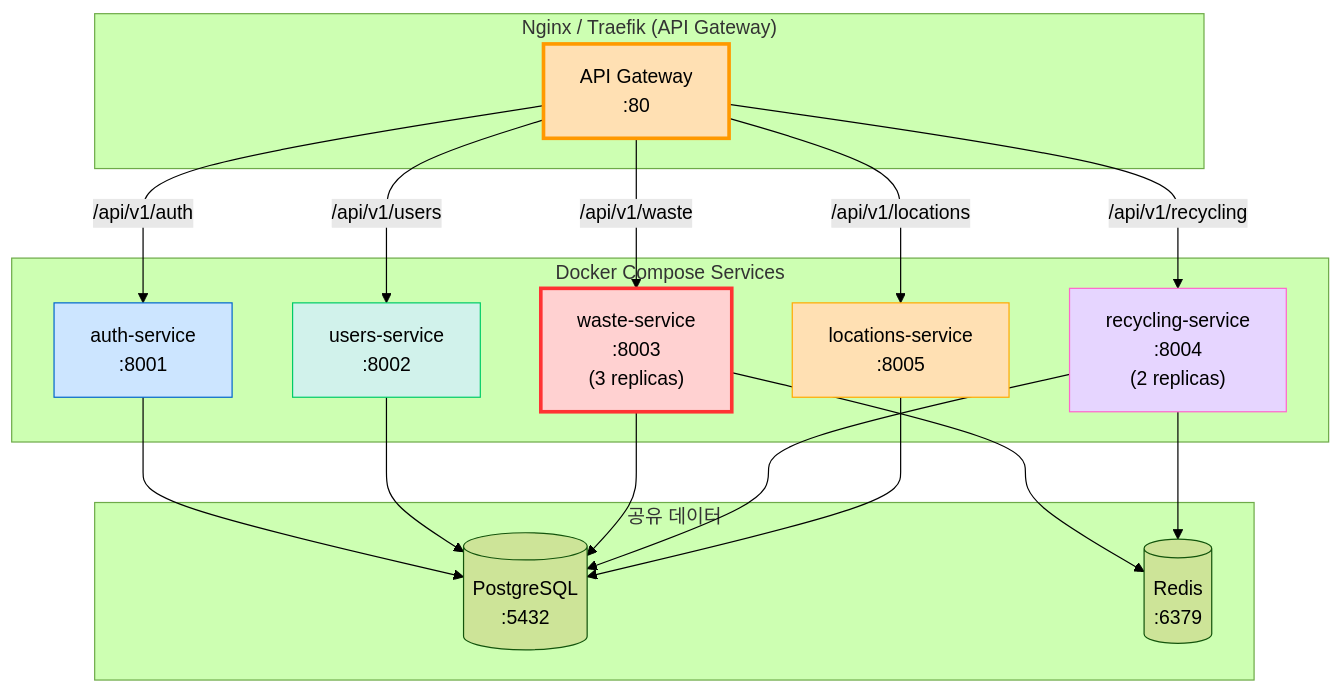
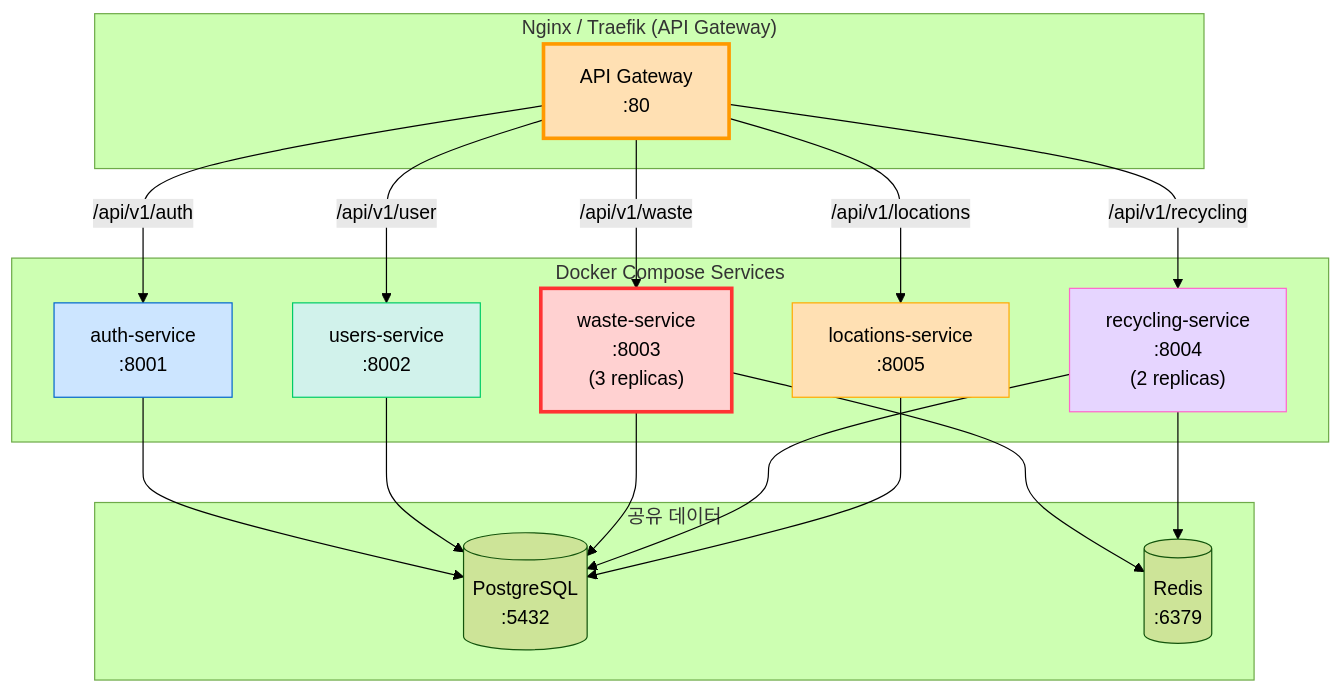
Before and after one commit to SeSACTHON/backend: the third of 9 diagrams in docs/archive/design-reviews/06-microservices-architecture.md, drawn with Mermaid (forest theme). The commit also changed other lines of this file and 20 other files, not shown here.

````diff
--- a/docs/archive/design-reviews/06-microservices-architecture.md
+++ b/docs/archive/design-reviews/06-microservices-architecture.md
@@ -94,41 +94,41 @@
 ```mermaid
 graph TB
     subgraph LB["Nginx / Traefik (API Gateway)"]
         Gateway[API Gateway<br/>:80]
     end
     
     subgraph Services["Docker Compose Services"]
         Auth["auth-service<br/>:8001"]
         Users["users-service<br/>:8002"]
         Waste["waste-service<br/>:8003<br/>(3 replicas)"]
         Recycling["recycling-service<br/>:8004<br/>(2 replicas)"]
         Locations["locations-service<br/>:8005"]
     end
     
     subgraph Data["공유 데이터"]
         DB[(PostgreSQL<br/>:5432)]
         Redis[(Redis<br/>:6379)]
     end
     
     Gateway -->|/api/v1/auth| Auth
-    Gateway -->|/api/v1/users| Users
+    Gateway -->|/api/v1/user| Users
     Gateway -->|/api/v1/waste| Waste
     Gateway -->|/api/v1/recycling| Recycling
     Gateway -->|/api/v1/locations| Locations
     
     Auth --> DB
     Users --> DB
     Waste --> DB
     Recycling --> DB
     Locations --> DB
     
     Waste --> Redis
     Recycling --> Redis
     
     style Gateway fill:#ffe0b3,stroke:#ff9900,stroke-width:3px
     style Waste fill:#ffd1d1,stroke:#ff3333,stroke-width:3px
     style Recycling fill:#e6d5ff,stroke:#ff66cc
     style Auth fill:#cce5ff,stroke:#0066cc
     style Users fill:#d1f2eb,stroke:#00cc66
     style Locations fill:#ffe0b3,stroke:#ffaa00
 ```
````
